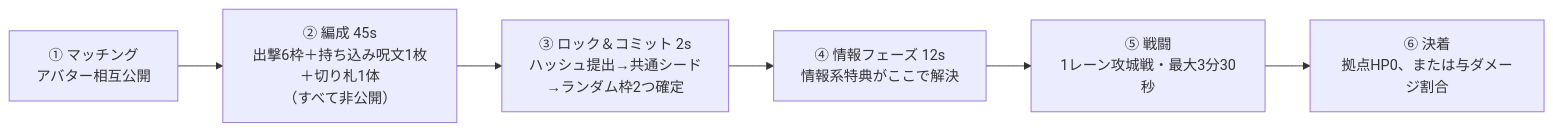
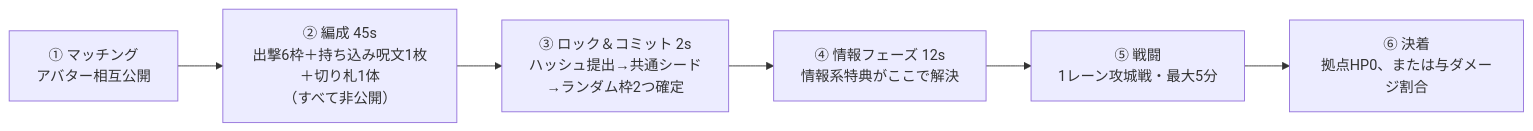
One commit to shogodayo0210-oss/- changed the diagram in README.md. Above: the diagram before and after it, drawn with Mermaid. The commit also changed other lines of this file and 63 other files, not shown here.

````diff
--- a/README.md
+++ b/README.md
@@ -85,8 +99,8 @@
 ```mermaid
 flowchart LR
   A["① マッチング<br/>アバター相互公開"] --> B["② 編成 45s<br/>出撃6枠＋持ち込み呪文1枚＋切り札1体<br/>（すべて非公開）"]
   B --> C["③ ロック＆コミット 2s<br/>ハッシュ提出→共通シード<br/>→ランダム枠2つ確定"]
   C --> D["④ 情報フェーズ 12s<br/>情報系特典がここで解決"]
-  D --> E["⑤ 戦闘<br/>1レーン攻城戦・最大3分30秒"]
+  D --> E["⑤ 戦闘<br/>1レーン攻城戦・最大5分"]
   E --> F["⑥ 決着<br/>拠点HP0、または与ダメージ割合"]
 ```
````
